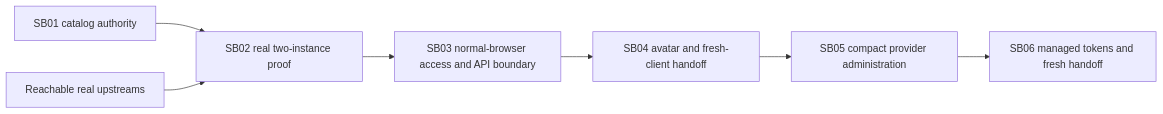
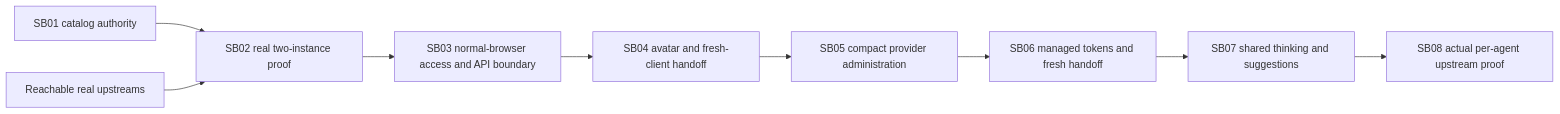
Before and after one commit to fyziktom/CanDoItAll: the diagram in codex/bundles/shared-provider-real-catalogs/plan/01-phase-plan.md, drawn with Mermaid. The commit also changed other lines of this file and 146 other files, not shown here.

````diff
--- a/codex/bundles/shared-provider-real-catalogs/plan/01-phase-plan.md
+++ b/codex/bundles/shared-provider-real-catalogs/plan/01-phase-plan.md
@@ -14,9 +16,11 @@
 ```mermaid
 flowchart LR
   SB01["SB01 catalog authority"] --> SB02["SB02 real two-instance proof"]
   SB02 --> SB03["SB03 normal-browser access and API boundary"]
   SB03 --> SB04["SB04 avatar and fresh-client handoff"]
   SB04 --> SB05["SB05 compact provider administration"]
   SB05 --> SB06["SB06 managed tokens and fresh handoff"]
+  SB06 --> SB07["SB07 shared thinking and suggestions"]
+  SB07 --> SB08["SB08 actual per-agent upstream proof"]
   Real["Reachable real upstreams"] --> SB02
 ```
````
